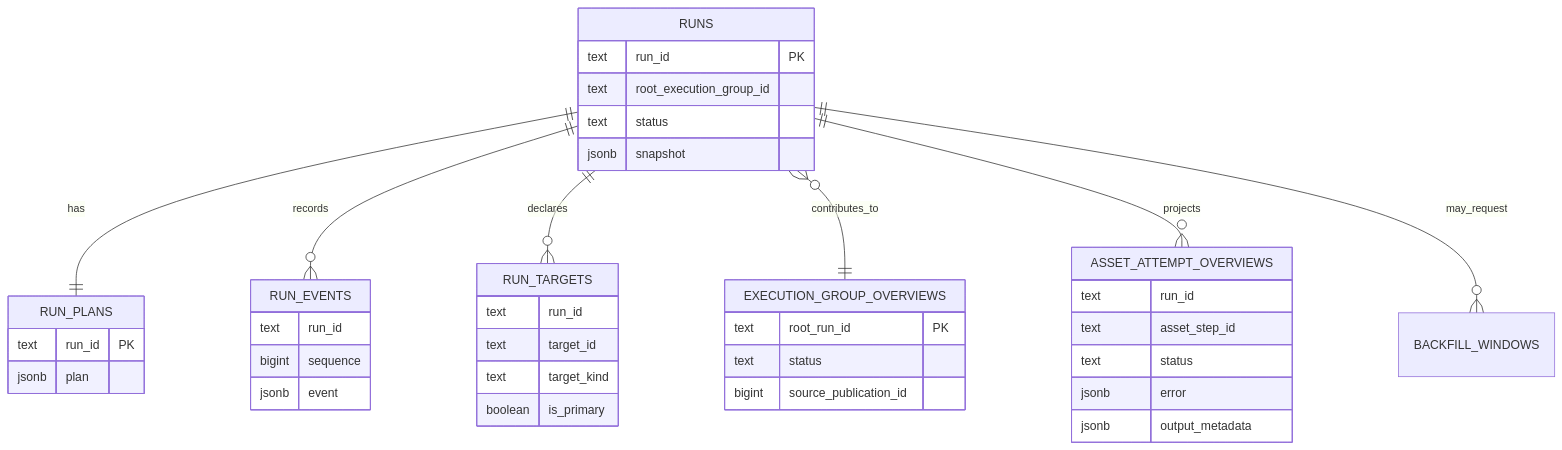
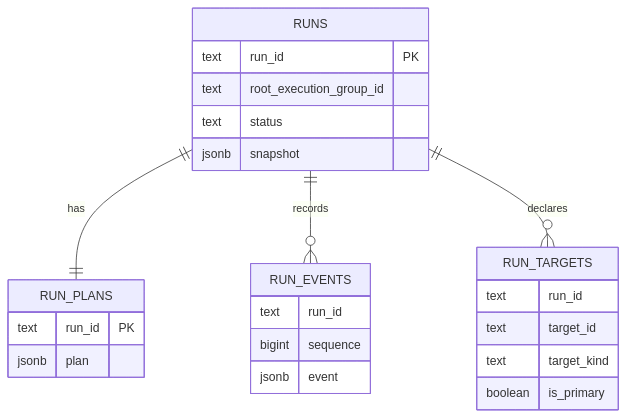
One commit to eirhop/favn changed the second of 7 diagrams in docs/change-records/2026/issue-658-pr-659-run-detail-read-performance.md. Above: the diagram before and after it, drawn with Mermaid. The commit also changed other lines of this file, not shown here.

Commit message:
docs: make run detail diagrams GitHub-readable

````diff
--- a/docs/change-records/2026/issue-658-pr-659-run-detail-read-performance.md
+++ b/docs/change-records/2026/issue-658-pr-659-run-detail-read-performance.md
@@ -155,43 +153,28 @@
 ```mermaid
 erDiagram
     RUNS ||--|| RUN_PLANS : has
     RUNS ||--o{ RUN_EVENTS : records
     RUNS ||--o{ RUN_TARGETS : declares
-    RUNS }o--|| EXECUTION_GROUP_OVERVIEWS : contributes_to
-    RUNS ||--o{ ASSET_ATTEMPT_OVERVIEWS : projects
-    RUNS ||--o{ BACKFILL_WINDOWS : may_request
 
     RUNS {
         text run_id PK
         text root_execution_group_id
         text status
         jsonb snapshot
     }
     RUN_PLANS {
         text run_id PK
         jsonb plan
     }
     RUN_EVENTS {
         text run_id
         bigint sequence
         jsonb event
     }
     RUN_TARGETS {
         text run_id
         text target_id
         text target_kind
         boolean is_primary
     }
-    EXECUTION_GROUP_OVERVIEWS {
-        text root_run_id PK
-        text status
-        bigint source_publication_id
-    }
-    ASSET_ATTEMPT_OVERVIEWS {
-        text run_id
-        text asset_step_id
-        text status
-        jsonb error
-        jsonb output_metadata
-    }
 ```
````
